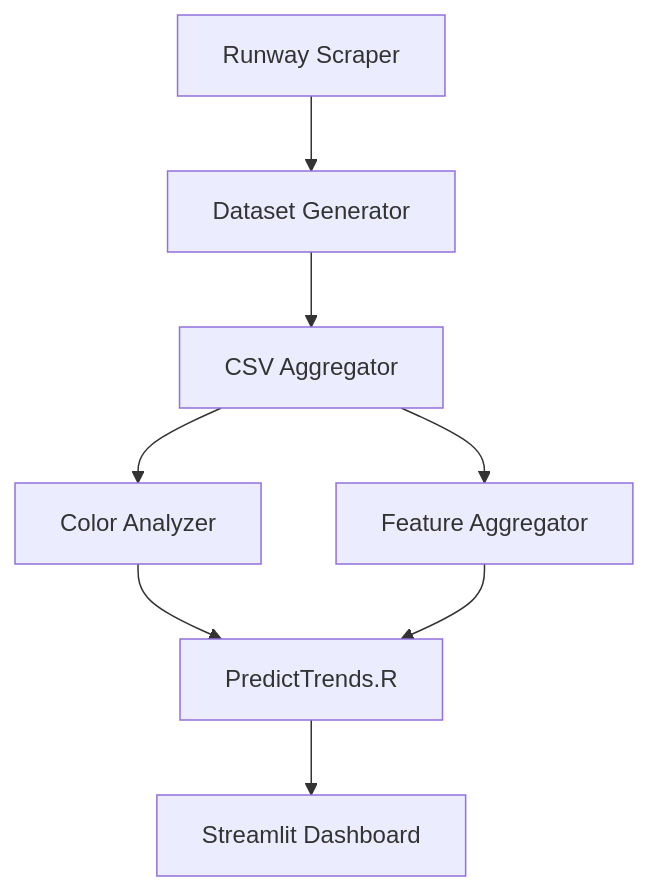
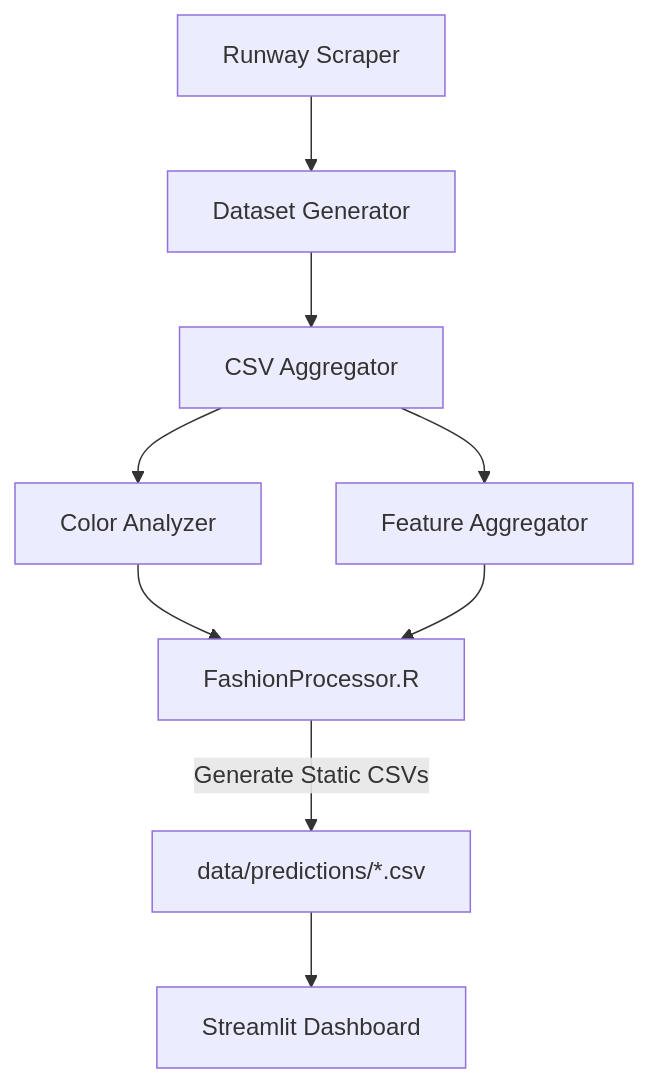
One commit to Anyueow/4420FinalProject changed the diagram in README.md. Above: the diagram before and after it, drawn with Mermaid. The commit also changed other lines of this file and 5 other files, not shown here.

````diff
--- a/README.md
+++ b/README.md
@@ -5,10 +5,11 @@
 ```mermaid
 graph TD
     A[Runway Scraper] --> B[Dataset Generator]
     B --> C[CSV Aggregator]
     C --> D[Color Analyzer]
     C --> E[Feature Aggregator]
-    D --> F[PredictTrends.R]
+    D --> F[FashionProcessor.R]
     E --> F
-    F --> G[Streamlit Dashboard]
+    F --> |Generate Static CSVs| G[data/predictions/*.csv]
+    G --> H[Streamlit Dashboard]
 ```
````
